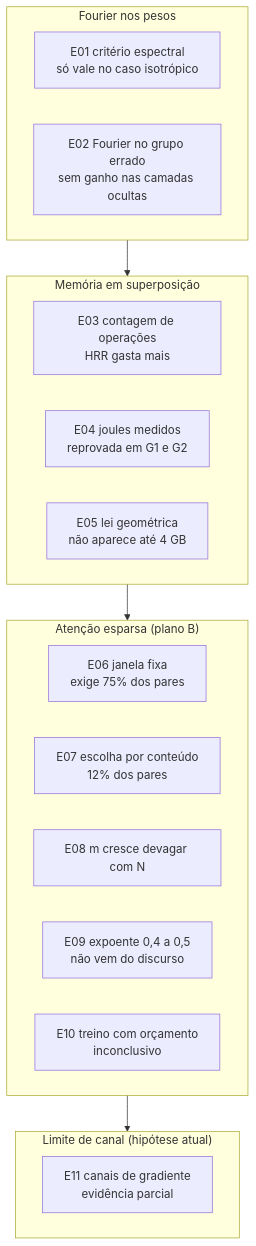
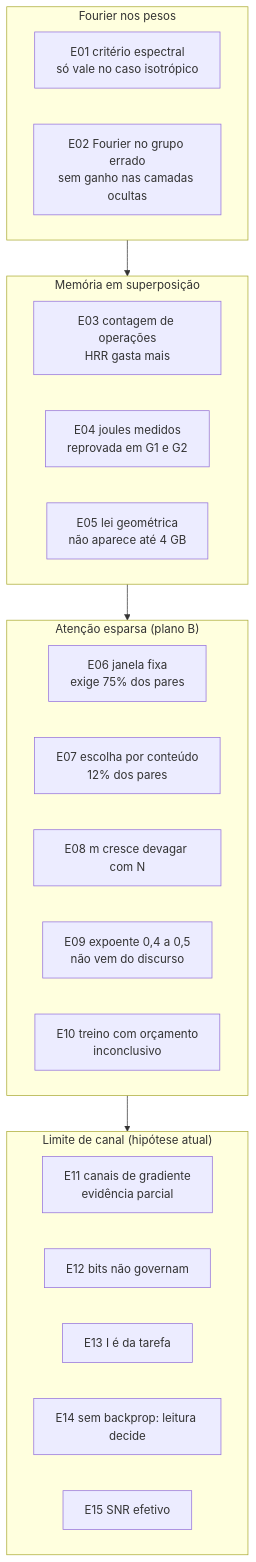
The second of 2 diagrams in README.md (matheuscbs/quantcomput), drawn with Mermaid before and after one commit. The commit also changed other lines of this file and 30 other files, not shown here.

First line of the commit message:
v0.3.0: E13 a E16, formulação revisada com SNR efetivo e artigo completo

````diff
--- a/README.md
+++ b/README.md
@@ -62,23 +72,27 @@
 ```mermaid
 flowchart TD
     subgraph S1["Fourier nos pesos"]
         E01["E01 critério espectral<br/>só vale no caso isotrópico"]
         E02["E02 Fourier no grupo errado<br/>sem ganho nas camadas ocultas"]
     end
     subgraph S2["Memória em superposição"]
         E03["E03 contagem de operações<br/>HRR gasta mais"]
         E04["E04 joules medidos<br/>reprovada em G1 e G2"]
         E05["E05 lei geométrica<br/>não aparece até 4 GB"]
     end
     subgraph S3["Atenção esparsa (plano B)"]
         E06["E06 janela fixa<br/>exige 75% dos pares"]
         E07["E07 escolha por conteúdo<br/>12% dos pares"]
         E08["E08 m cresce devagar com N"]
         E09["E09 expoente 0,4 a 0,5<br/>não vem do discurso"]
         E10["E10 treino com orçamento<br/>inconclusivo"]
     end
     subgraph S4["Limite de canal (hipótese atual)"]
         E11["E11 canais de gradiente<br/>evidência parcial"]
+        E12["E12 bits não governam"]
+        E13["E13 I é da tarefa"]
+        E14["E14 sem backprop: leitura decide"]
+        E15["E15 SNR efetivo"]
     end
     S1 --> S2 --> S3 --> S4
 ```
````
